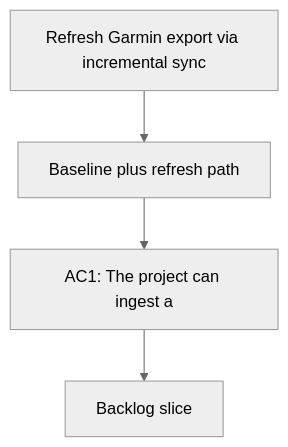
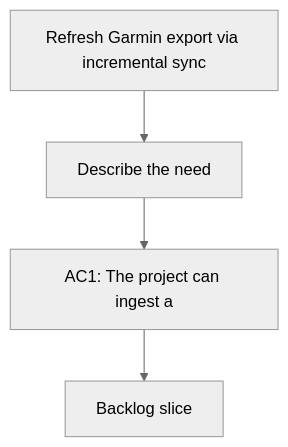
Before and after one commit to Jilanos/Coach_garmin: the diagram in logics/request/req_010_refresh_garmin_export_via_incremental_sync_and_harden_training_data_foundation.md, drawn with Mermaid (neutral theme). The commit also changed 36 other files, not shown here.

````diff
--- a/logics/request/req_010_refresh_garmin_export_via_incremental_sync_and_harden_training_data_foundation.md
+++ b/logics/request/req_010_refresh_garmin_export_via_incremental_sync_and_harden_training_data_foundation.md
@@ -51,8 +51,8 @@
 ```mermaid
 %% logics-kind: request
 %% logics-signature: request|refresh-garmin-export-via-incremental-sy|describe-the-need|ac1-the-project-can-ingest-a
 flowchart TD
-    Trigger[Refresh Garmin export via incremental sync] --> Need[Baseline plus refresh path]
+    Trigger[Refresh Garmin export via incremental sync] --> Need[Describe the need]
     Need --> Outcome[AC1: The project can ingest a]
     Outcome --> Backlog[Backlog slice]
 ```
````
